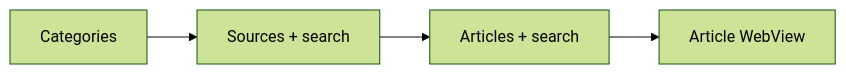
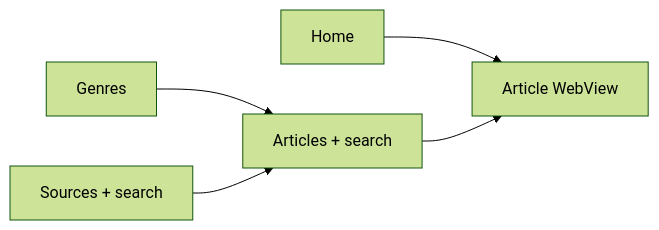
One commit to halimjr11/beacon changed the diagram in README.md. Above: the diagram before and after it, drawn with Mermaid (forest theme). The commit also changed other lines of this file and 60 other files, not shown here.

First line of the commit message:
Add app shell and features: Home, Genres, Sources, Articles, Web

````diff
--- a/README.md
+++ b/README.md
@@ -32,4 +33,7 @@
 ```mermaid
 graph LR
-    C[Categories] --> S[Sources + search] --> A[Articles + search] --> W[Article WebView]
+    H[Home] --> W[Article WebView]
+    G[Genres] --> A[Articles + search]
+    S[Sources + search] --> A
+    A --> W
 ```
````
